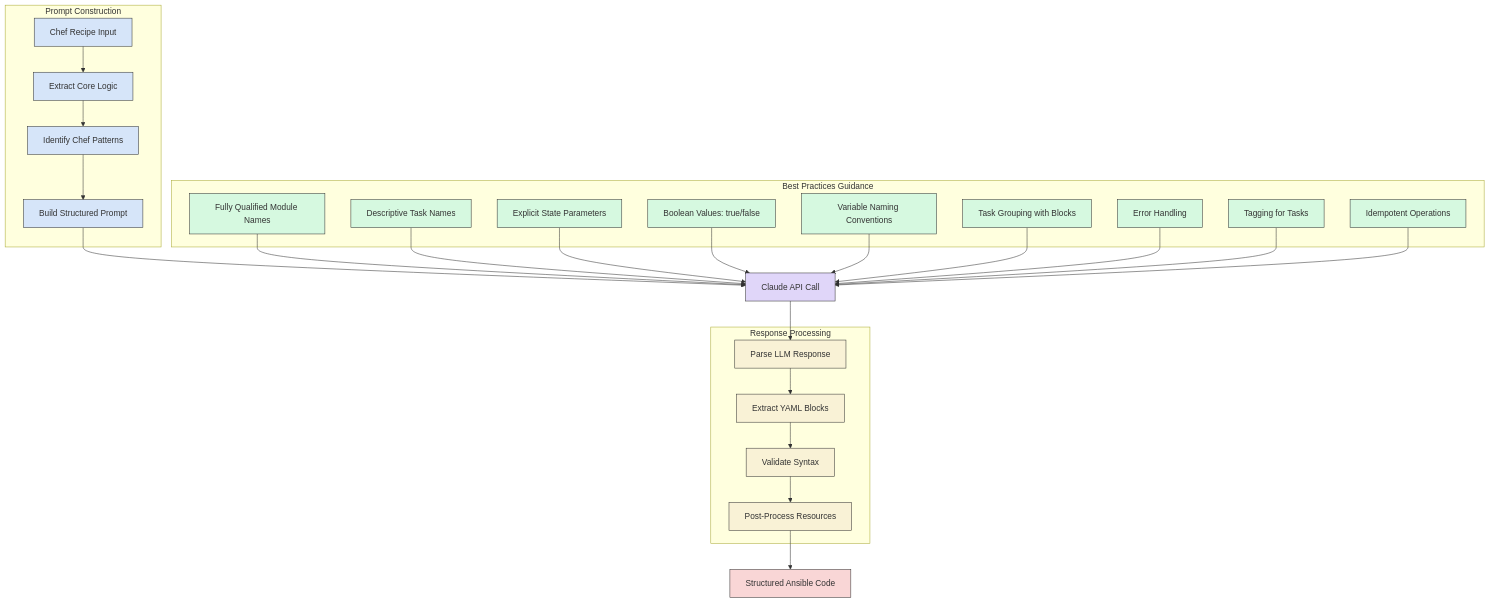
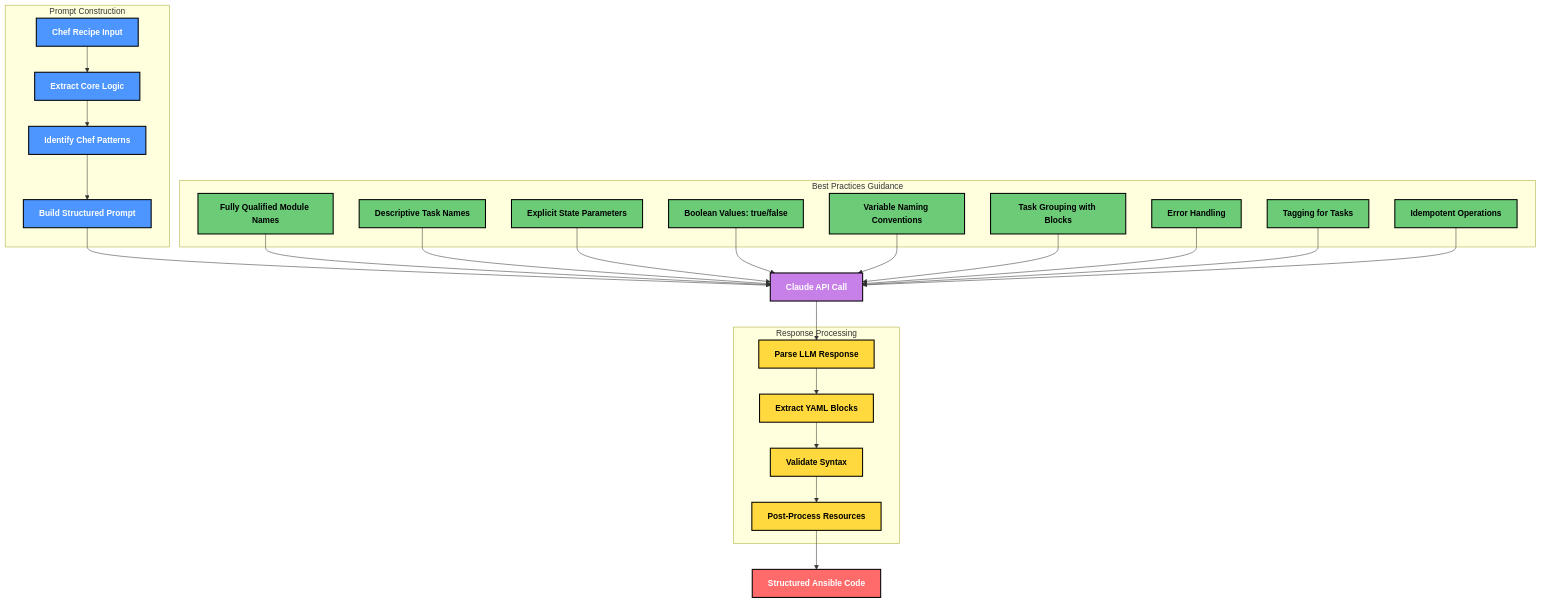
The third of 3 diagrams in README.md (joelio/chef-to-ansible-converter), drawn with Mermaid before and after one commit. The commit also changed other lines of this file, not shown here.

Commit message:
Improve Mermaid diagrams with high-contrast colors for better readability in both light and dark modes

````diff
--- a/README.md
+++ b/README.md
@@ -161,52 +163,53 @@
 ```mermaid
 flowchart TD
     subgraph "Prompt Construction"
         A1[Chef Recipe Input] --> A2[Extract Core Logic]
         A2 --> A3[Identify Chef Patterns]
         A3 --> A4[Build Structured Prompt]
     end
 
     subgraph "Best Practices Guidance"
         B1[Fully Qualified Module Names] 
         B2[Descriptive Task Names]
         B3[Explicit State Parameters]
         B4[Boolean Values: true/false]
         B5[Variable Naming Conventions]
         B6[Task Grouping with Blocks]
         B7[Error Handling]
         B8[Tagging for Tasks]
         B9[Idempotent Operations]
     end
 
     subgraph "Response Processing"
         C1[Parse LLM Response] --> C2[Extract YAML Blocks]
         C2 --> C3[Validate Syntax]
         C3 --> C4[Post-Process Resources]
     end
 
     A4 --> D1[Claude API Call]
     B1 --> D1
     B2 --> D1
     B3 --> D1
     B4 --> D1
     B5 --> D1
     B6 --> D1
     B7 --> D1
     B8 --> D1
     B9 --> D1
 
     D1 --> C1
     C4 --> D2[Structured Ansible Code]
 
-    classDef prompt fill:#d6e5f9,stroke:#333,stroke-width:1px
-    classDef practices fill:#d6f9e0,stroke:#333,stroke-width:1px
-    classDef process fill:#f9f2d6,stroke:#333,stroke-width:1px
-    classDef api fill:#e0d6f9,stroke:#333,stroke-width:1px
-    classDef output fill:#f9d6d6,stroke:#333,stroke-width:1px
+    %% High-contrast colors that work in both light and dark modes
+    classDef prompt fill:#4D96FF,stroke:#000,stroke-width:2px,color:#FFF,font-weight:bold
+    classDef practices fill:#6BCB77,stroke:#000,stroke-width:2px,color:#000,font-weight:bold
+    classDef process fill:#FFD93D,stroke:#000,stroke-width:2px,color:#000,font-weight:bold
+    classDef api fill:#C780E8,stroke:#000,stroke-width:2px,color:#FFF,font-weight:bold
+    classDef output fill:#FF6B6B,stroke:#000,stroke-width:2px,color:#FFF,font-weight:bold
 
     class A1,A2,A3,A4 prompt
     class B1,B2,B3,B4,B5,B6,B7,B8,B9 practices
     class C1,C2,C3,C4 process
     class D1 api
     class D2 output
 ```
````
